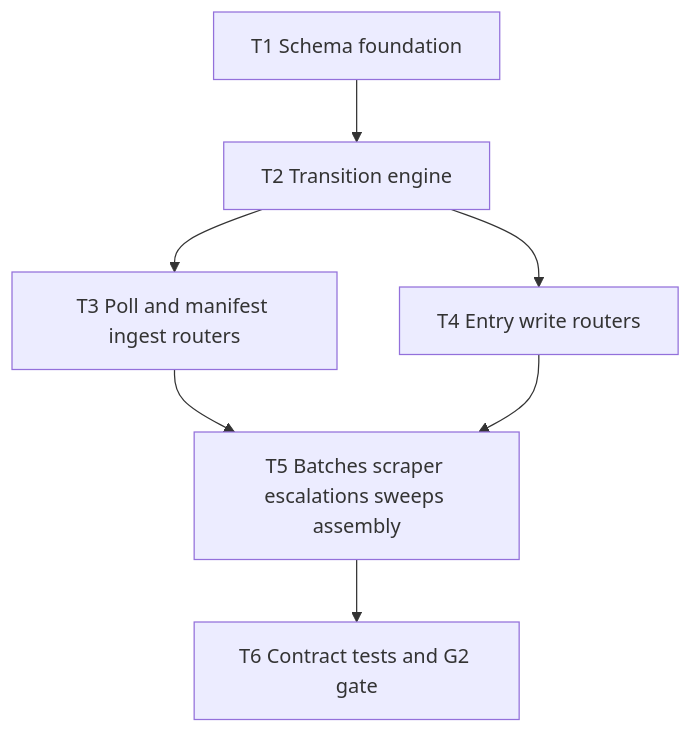
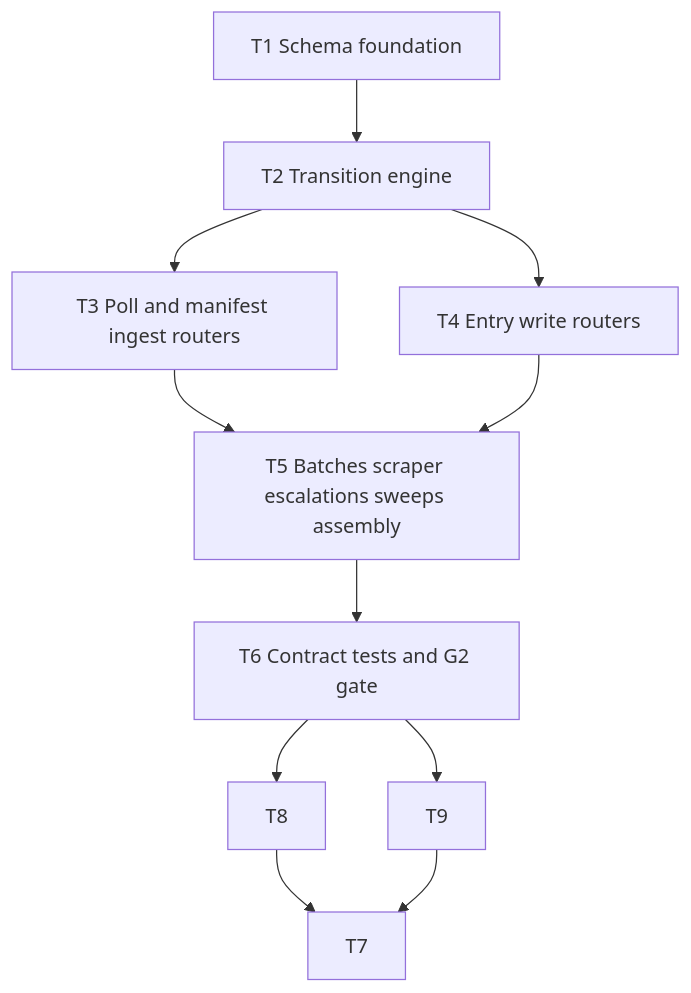
The diagram in .dev/plans/m1-state-kernel/plan.md (naaas94/BISHOP), drawn with Mermaid before and after one commit. The commit also changed other lines of this file and 1 other file, not shown here.

````diff
--- a/.dev/plans/m1-state-kernel/plan.md
+++ b/.dev/plans/m1-state-kernel/plan.md
@@ -161,16 +167,20 @@
 ```mermaid
 graph TD
     T1[T1 Schema foundation]
     T2[T2 Transition engine]
     T3[T3 Poll and manifest ingest routers]
     T4[T4 Entry write routers]
     T5[T5 Batches scraper escalations sweeps assembly]
     T6[T6 Contract tests and G2 gate]
 
     T1 --> T2
     T2 --> T3
     T2 --> T4
     T3 --> T5
     T4 --> T5
     T5 --> T6
+    T6 --> T8
+    T6 --> T9
+    T8 --> T7
+    T9 --> T7
 ```
````
